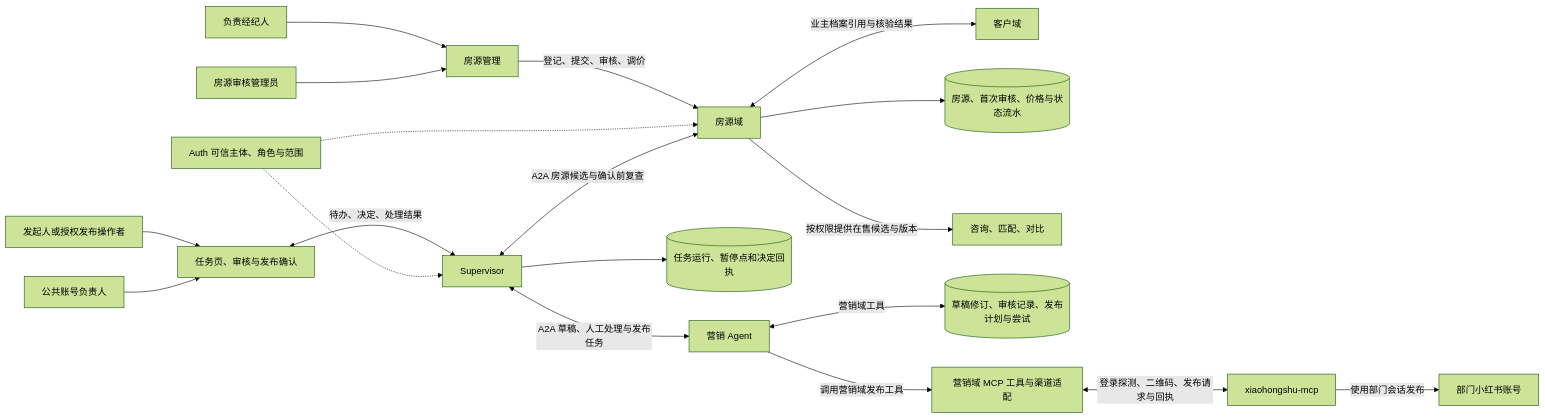
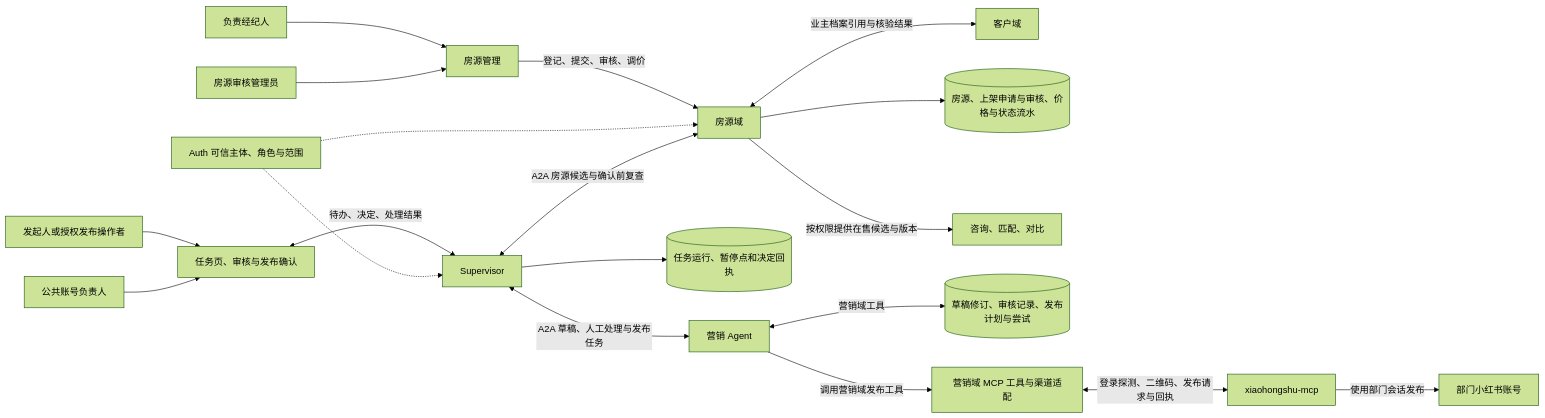
One commit to crj-tik/BkAnentProject changed the first of 4 diagrams in openspec/changes/align-listing-marketing-workflows/dataflow.md. Above: the diagram before and after it, drawn with Mermaid (forest theme). The commit also changed other lines of this file and 6 other files, not shown here.

````diff
--- a/openspec/changes/align-listing-marketing-workflows/dataflow.md
+++ b/openspec/changes/align-listing-marketing-workflows/dataflow.md
@@ -7,22 +7,22 @@
 ```mermaid
 flowchart LR
     Broker[负责经纪人] --> ListingUI[房源管理]
     ReviewAdmin[房源审核管理员] --> ListingUI
     ListingUI -->|登记、提交、审核、调价| Listing[房源域]
     Auth[Auth 可信主体、角色与范围] -.-> Listing
     Listing <-->|业主档案引用与核验结果| Customer[客户域]
-    Listing --> LDB[(房源、首次审核、价格与状态流水)]
+    Listing --> LDB[(房源、上架申请与审核、价格与状态流水)]
     Listing -->|按权限提供在售候选与版本| Select[咨询、匹配、对比]
 
     Operator[发起人或授权发布操作者] --> Studio[任务页、审核与发布确认]
     Maintainer[公共账号负责人] --> Studio
     Studio <-->|待办、决定、处理结果| Supervisor[Supervisor]
     Auth -.-> Supervisor
     Supervisor --> ADB[(任务运行、暂停点和决定回执)]
     Supervisor <-->|A2A 房源候选与确认前复查| Listing
     Supervisor <-->|A2A 草稿、人工处理与发布任务| Marketing[营销 Agent]
     Marketing <-->|营销域工具| MDB[(草稿修订、审核记录、发布计划与尝试)]
     Marketing -->|调用营销域发布工具| Publish[营销域 MCP 工具与渠道适配]
     Publish <-->|登录探测、二维码、发布请求与回执| MCP[xiaohongshu-mcp]
     MCP -->|使用部门会话发布| XHS[部门小红书账号]
 ```
````
